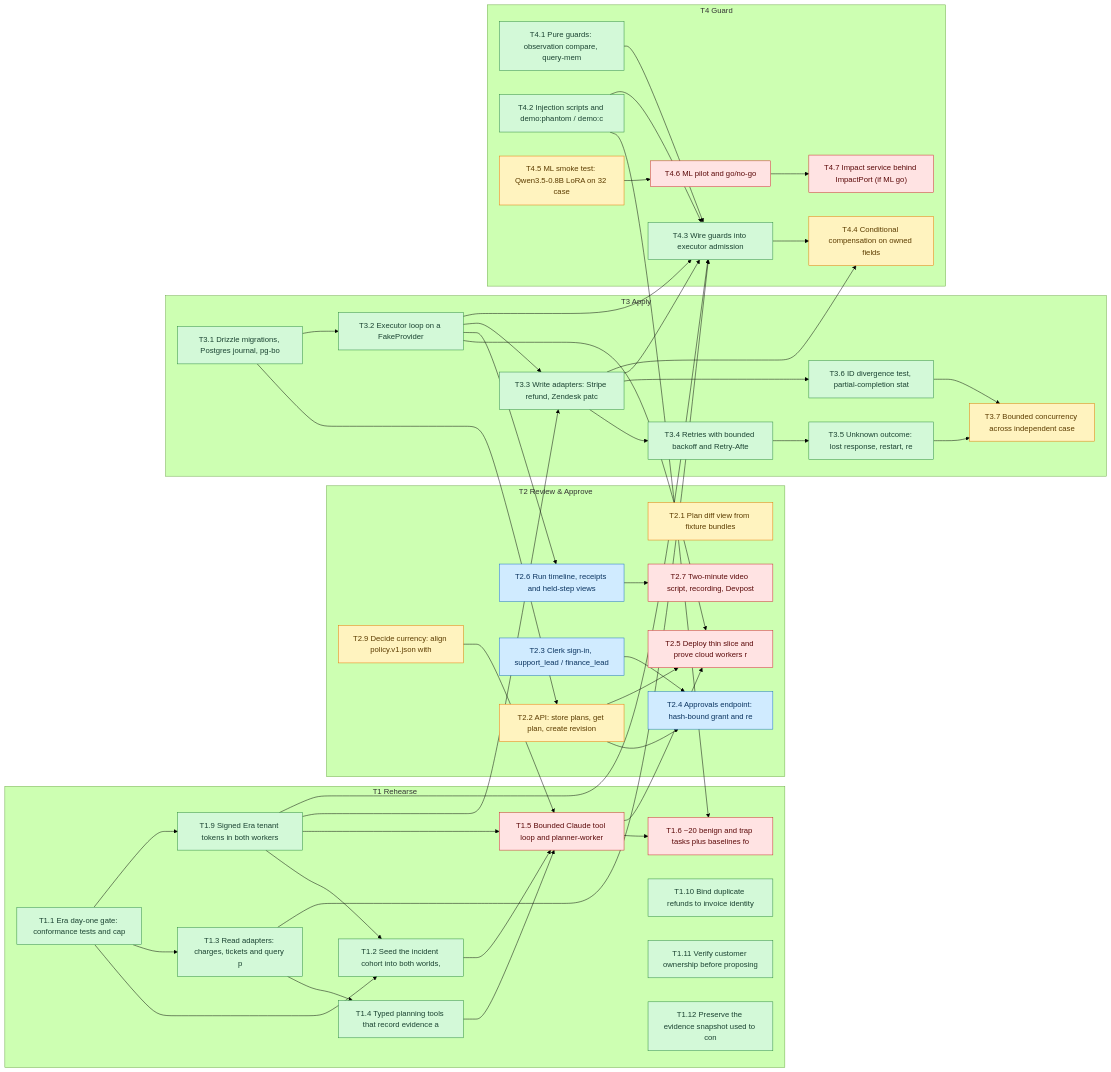
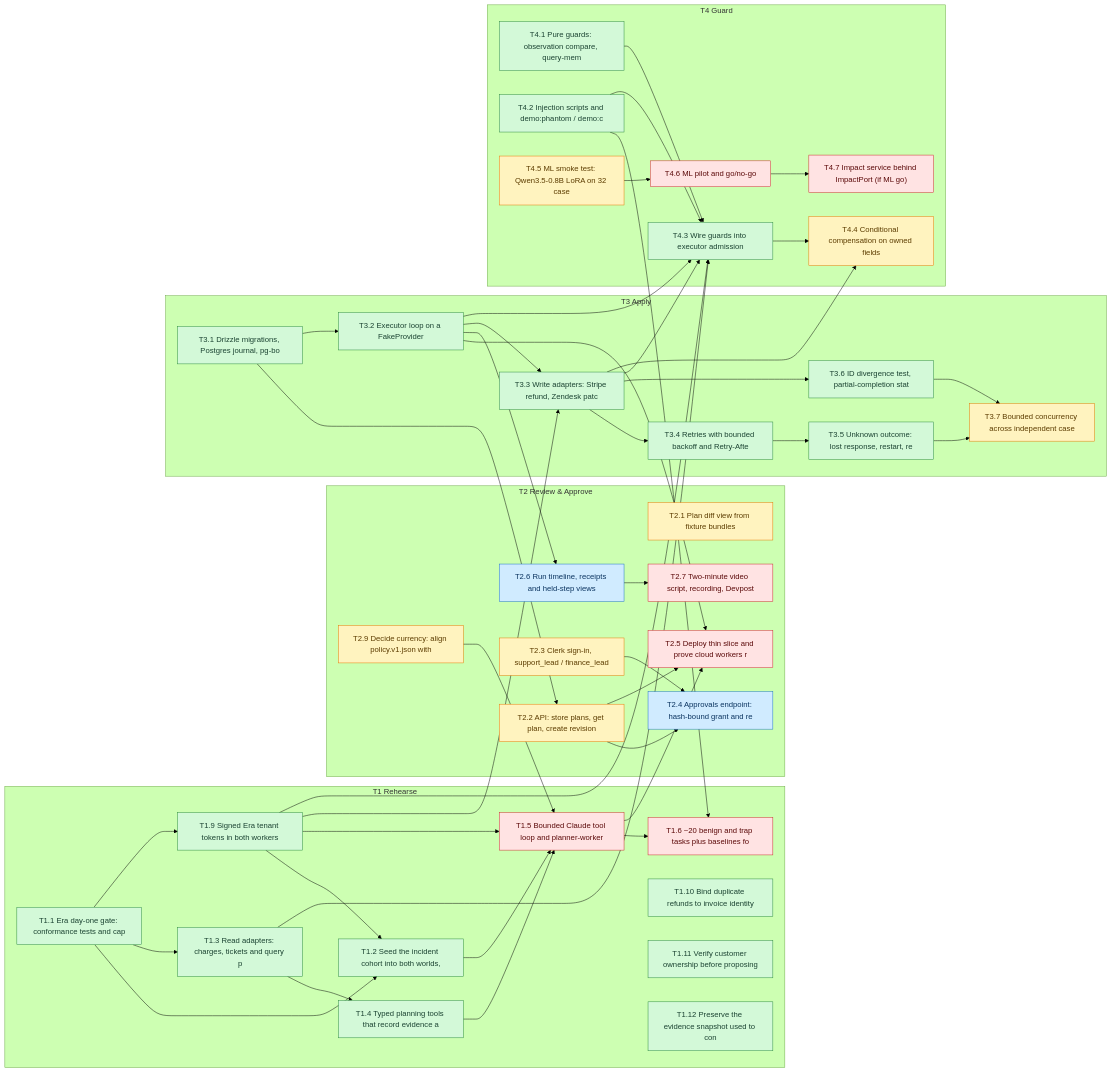
Before and after one commit to SoroushRF/Rehearsal: the diagram in BLOCKERS.md, drawn with Mermaid (forest theme). The commit also changed other lines of this file, not shown here.

```diff
--- a/BLOCKERS.md
+++ b/BLOCKERS.md
@@ -106,7 +106,7 @@
   subgraph T2[T2 Review & Approve]
     T2_1["T2.1 Plan diff view from fixture bundles"]:::ready
     T2_2["T2.2 API: store plans, get plan, create revision"]:::ready
-    T2_3["T2.3 Clerk sign-in, support_lead / finance_lead "]:::review
+    T2_3["T2.3 Clerk sign-in, support_lead / finance_lead "]:::ready
     T2_4["T2.4 Approvals endpoint: hash-bound grant and re"]:::review
     T2_5["T2.5 Deploy thin slice and prove cloud workers r"]:::blocked
     T2_6["T2.6 Run timeline, receipts and held-step views "]:::review
```
